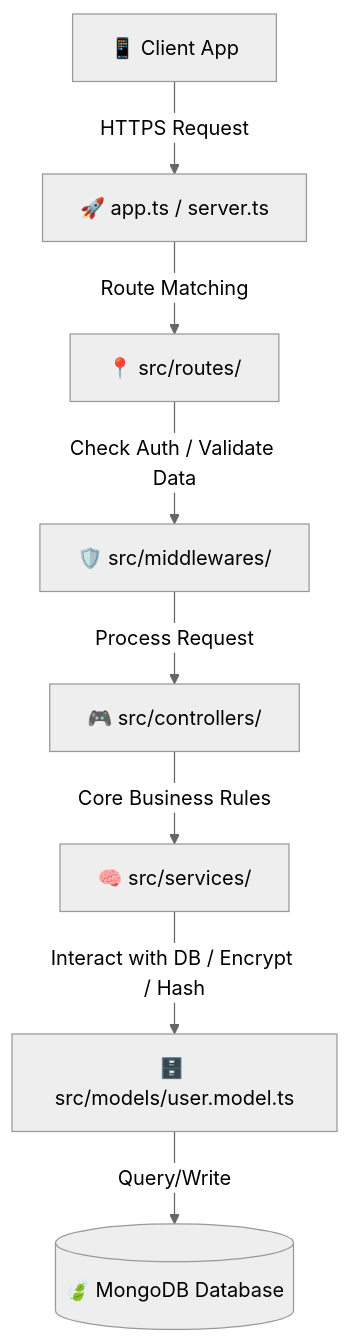
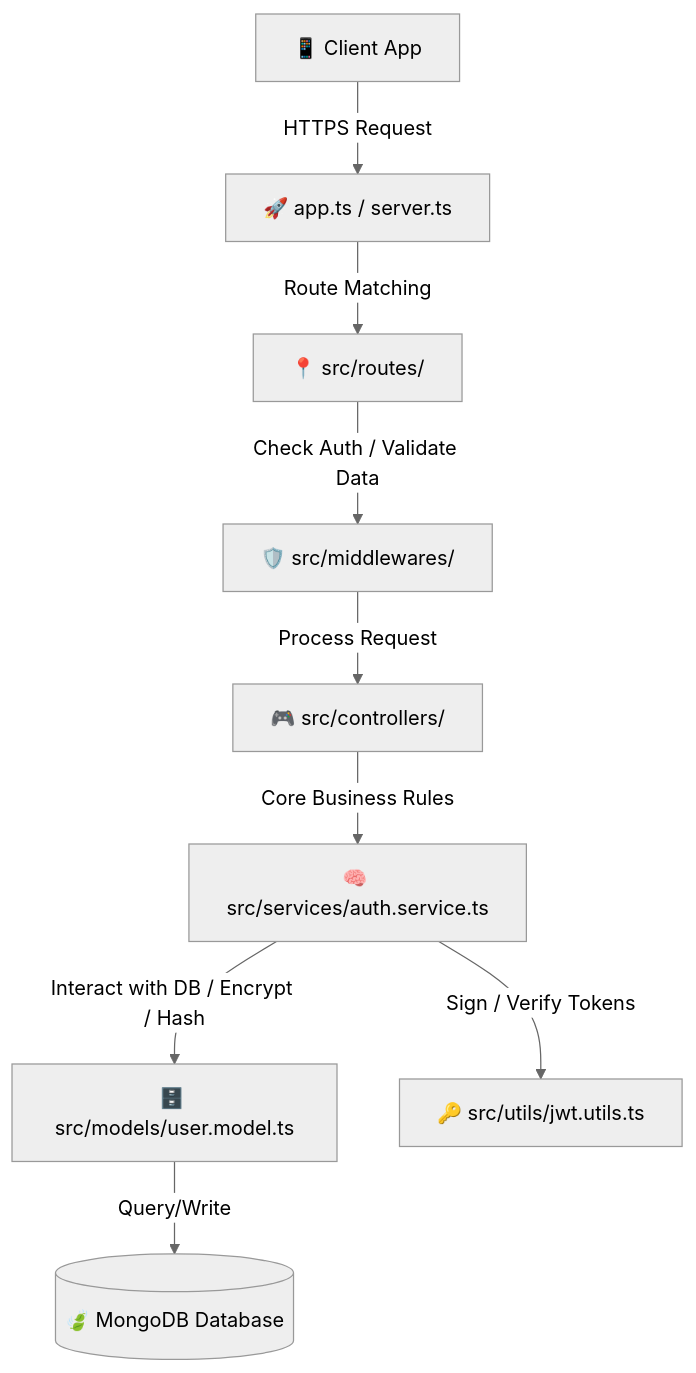
Before and after one commit to somidotun/nibss-wallet: the diagram in backend/README.md, drawn with Mermaid (neutral theme). The commit also changed other lines of this file and 10 other files, not shown here.

Commit message:
feat(auth):add jwt utilities, auth service, controller and routes

````diff
--- a/backend/README.md
+++ b/backend/README.md
@@ -100,10 +134,11 @@
 ```mermaid
 graph TD
     Client[📱 Client App] -->|HTTPS Request| Express[🚀 app.ts / server.ts]
     Express -->|Route Matching| Router[📍 src/routes/]
     Router -->|Check Auth / Validate Data| Middleware[🛡️ src/middlewares/]
     Middleware -->|Process Request| Controller[🎮 src/controllers/]
-    Controller -->|Core Business Rules| Service[🧠 src/services/]
+    Controller -->|Core Business Rules| Service[🧠 src/services/auth.service.ts]
     Service -->|Interact with DB / Encrypt / Hash| Model[🗄️ src/models/user.model.ts]
+    Service -->|Sign / Verify Tokens| JWT[🔑 src/utils/jwt.utils.ts]
     Model -->|Query/Write| MongoDB[(🍃 MongoDB Database)]
 ```
````
